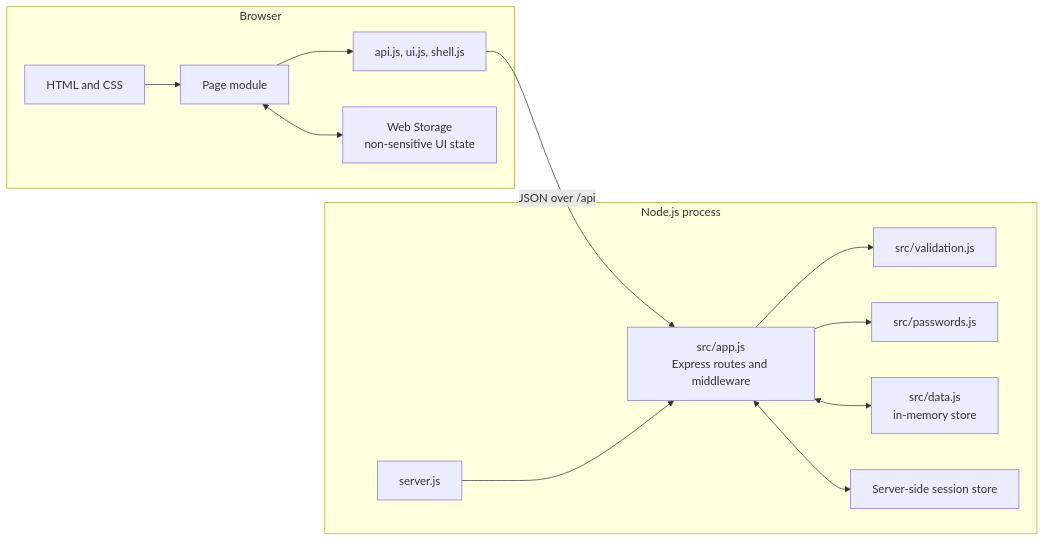
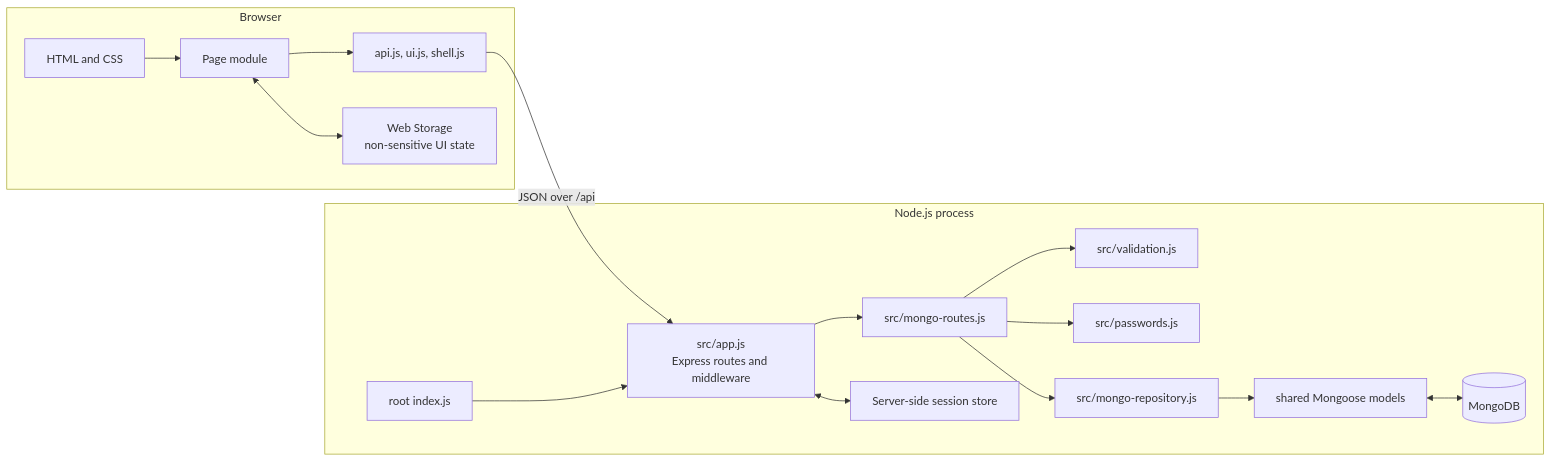
The diagram in modules/account/docs/architecture.md (S4217847/Web-Coding-Project), drawn with Mermaid before and after one commit. The commit also changed other lines of this file and 50 other files, not shown here.

````diff
--- a/modules/account/docs/architecture.md
+++ b/modules/account/docs/architecture.md
@@ -9,28 +9,34 @@
 ```mermaid
 flowchart LR
     subgraph Browser["Browser"]
         HTML["HTML and CSS"]
         Page["Page module"]
         Shared["api.js, ui.js, shell.js"]
         Storage["Web Storage\nnon-sensitive UI state"]
     end
 
     subgraph Server["Node.js process"]
-        Entry["server.js"]
+        Entry["root index.js"]
         App["src/app.js\nExpress routes and middleware"]
         Validation["src/validation.js"]
         Passwords["src/passwords.js"]
-        Data["src/data.js\nin-memory store"]
+        Routes["src/mongo-routes.js"]
+        Repository["src/mongo-repository.js"]
+        Models["shared Mongoose models"]
         Session["Server-side session store"]
+        Mongo[(MongoDB)]
     end
 
     HTML --> Page
     Page --> Shared
     Page <--> Storage
     Shared -->|"JSON over /api"| App
     Entry --> App
-    App --> Validation
-    App --> Passwords
-    App <--> Data
+    App --> Routes
+    Routes --> Validation
+    Routes --> Passwords
+    Routes --> Repository
+    Repository --> Models
+    Models <--> Mongo
     App <--> Session
 ```
````
